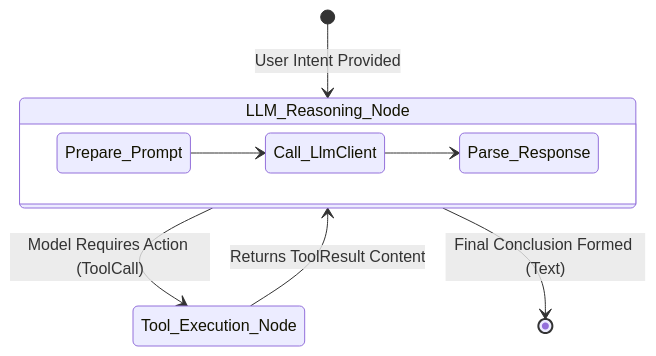
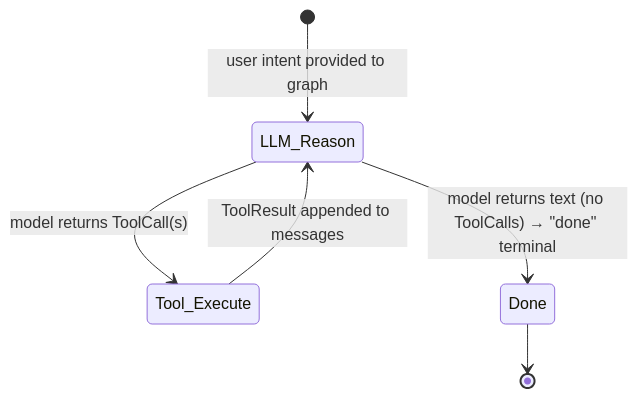
One commit to kimhongzhang323/TraceGraph changed the third of 4 diagrams in tracegraph-connectors/README.md. Above: the diagram before and after it, drawn with Mermaid. The commit also changed other lines of this file, not shown here.

Commit message:
docs(connectors): full English README with ReAct state machine, ChatNode sequence, LlmClient class diagram

````diff
--- a/tracegraph-connectors/README.md
+++ b/tracegraph-connectors/README.md
@@ -18,14 +166,8 @@
 ```mermaid
 stateDiagram-v2
-    [*] --> LLM_Reasoning_Node: User Intent Provided
-    
-    state LLM_Reasoning_Node {
-        direction LR
-        Prepare_Prompt --> Call_LlmClient
-        Call_LlmClient --> Parse_Response
-    }
-    
-    LLM_Reasoning_Node --> Tool_Execution_Node: Model Requires Action (ToolCall)
-    Tool_Execution_Node --> LLM_Reasoning_Node: Returns ToolResult Content
-    LLM_Reasoning_Node --> [*]: Final Conclusion Formed (Text)
+    [*] --> LLM_Reason : user intent provided to graph
+    LLM_Reason --> Tool_Execute : model returns ToolCall(s)
+    Tool_Execute --> LLM_Reason : ToolResult appended to messages
+    LLM_Reason --> Done : model returns text (no ToolCalls) → "done" terminal
+    Done --> [*]
 ```
````
